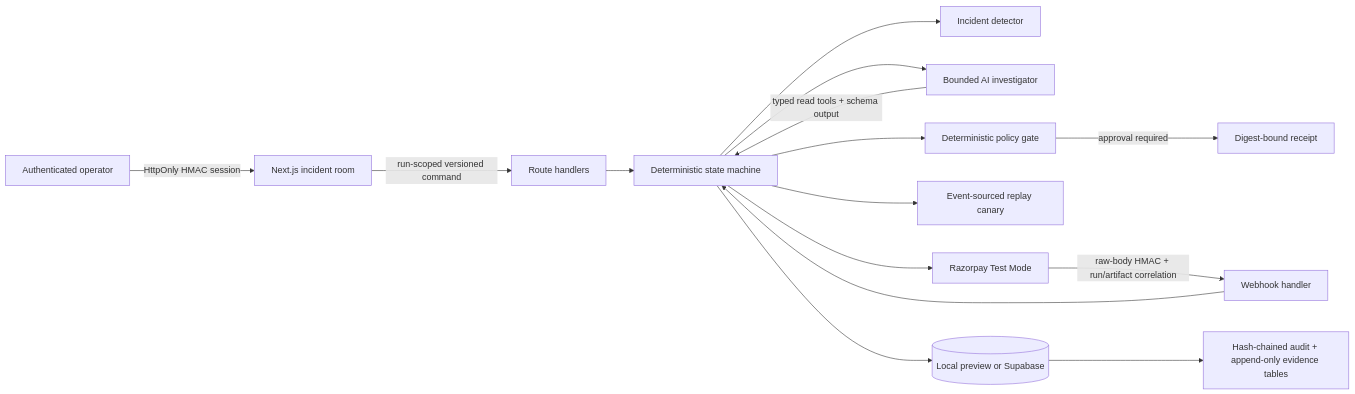
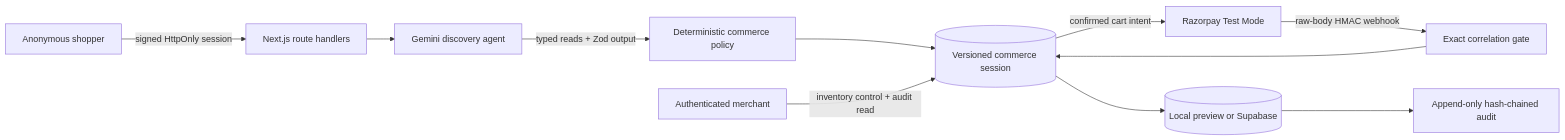
One commit to itag776/choosy changed the diagram in ARCHITECTURE.md. Above: the diagram before and after it, drawn with Mermaid. The commit also changed other lines of this file and 69 other files, not shown here.

````diff
--- a/ARCHITECTURE.md
+++ b/ARCHITECTURE.md
@@ -5,17 +5,13 @@
 ```mermaid
 flowchart LR
-  O[Authenticated operator] -->|HttpOnly HMAC session| UI[Next.js incident room]
-  UI -->|run-scoped versioned command| API[Route handlers]
-  API --> SM[Deterministic state machine]
-  SM --> DET[Incident detector]
-  SM --> AG[Bounded AI investigator]
-  AG -->|typed read tools + schema output| SM
-  SM --> POL[Deterministic policy gate]
-  POL -->|approval required| APR[Digest-bound receipt]
-  SM --> SIM[Event-sourced replay canary]
-  SM --> RP[Razorpay Test Mode]
-  RP -->|raw-body HMAC + run/artifact correlation| WH[Webhook handler]
-  WH --> SM
-  SM --> REPO[(Local preview or Supabase)]
-  REPO --> AUD[Hash-chained audit + append-only evidence tables]
+  S[Anonymous shopper] -->|signed HttpOnly session| API[Next.js route handlers]
+  API --> A[Gemini discovery agent]
+  A -->|typed reads + Zod output| P[Deterministic commerce policy]
+  P --> C[(Versioned commerce session)]
+  M[Authenticated merchant] -->|inventory control + audit read| C
+  C -->|confirmed cart intent| R[Razorpay Test Mode]
+  R -->|raw-body HMAC webhook| W[Exact correlation gate]
+  W --> C
+  C --> D[(Local preview or Supabase)]
+  D --> E[Append-only hash-chained audit]
 ```
````
